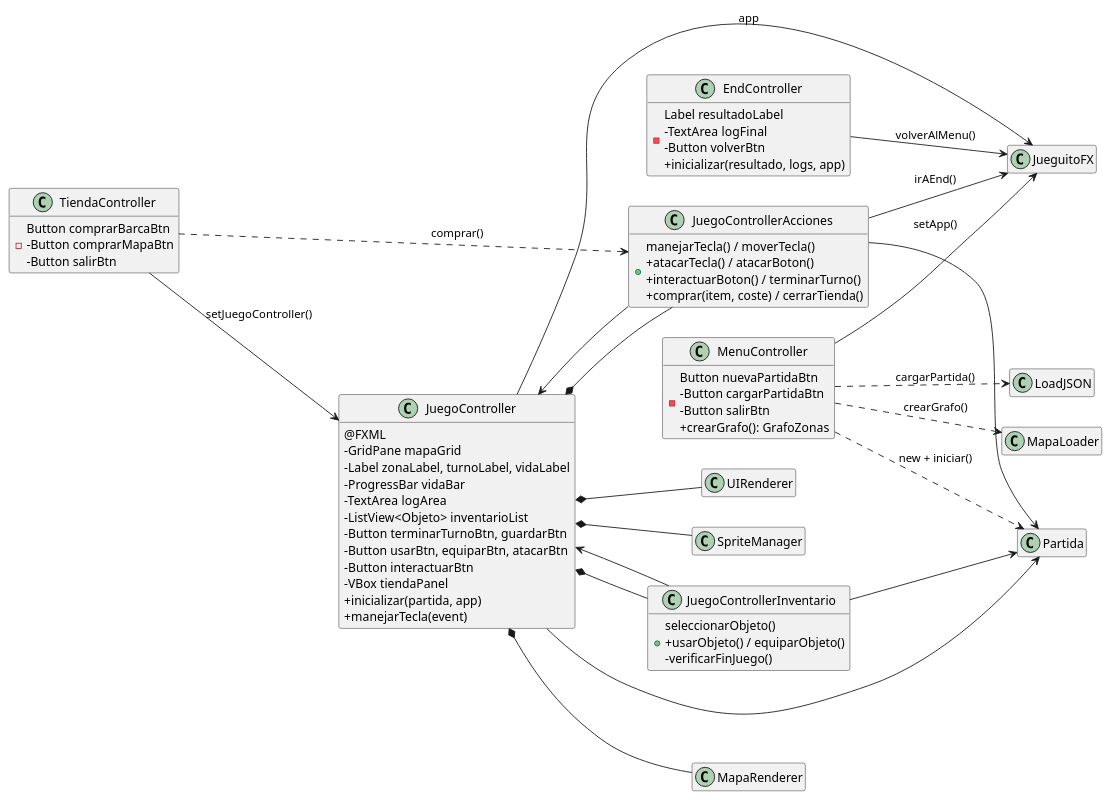
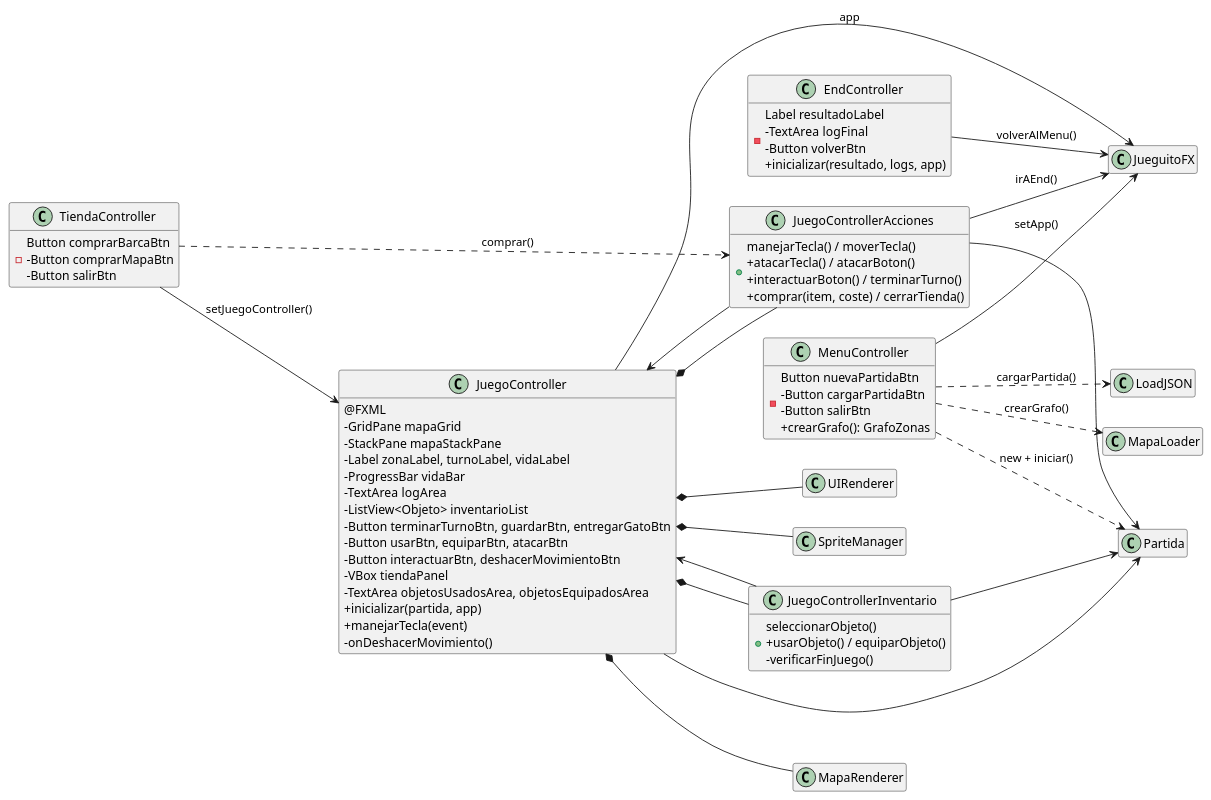
The diagram in UMLs/clases_control.puml (isagonz3/JuegoPracticaFinal), drawn with PlantUML before and after one commit. The commit also changed 35 other files, not shown here.

```diff
--- a/UMLs/clases_control.puml
+++ b/UMLs/clases_control.puml
@@ -1,44 +1,43 @@
 @startuml
 'https://plantuml.com/class-diagram
 left to right direction
 hide empty members
-
 
 class MenuController
 class EndController
 class TiendaController
 class JuegoController
 class JuegoControllerAcciones
 class JuegoControllerInventario
 
 MenuController --> JueguitoFX : setApp()
 MenuController ..> MapaLoader : crearGrafo()
 MenuController ..> Partida : new + iniciar()
 MenuController ..> LoadJSON : cargarPartida()
 MenuController : -Button nuevaPartidaBtn\n-Button cargarPartidaBtn\n-Button salirBtn\n+crearGrafo(): GrafoZonas
 
 EndController --> JueguitoFX : volverAlMenu()
 EndController : -Label resultadoLabel\n-TextArea logFinal\n-Button volverBtn\n+inicializar(resultado, logs, app)
 
 TiendaController --> JuegoController : setJuegoController()
 TiendaController ..> JuegoControllerAcciones : comprar()
 TiendaController : -Button comprarBarcaBtn\n-Button comprarMapaBtn\n-Button salirBtn
 
 JuegoController --> Partida
 JuegoController --> JueguitoFX : app
 JuegoController *-- JuegoControllerAcciones
 JuegoController *-- JuegoControllerInventario
 JuegoController *-- MapaRenderer
 JuegoController *-- UIRenderer
 JuegoController *-- SpriteManager
-JuegoController : @FXML\n-GridPane mapaGrid\n-Label zonaLabel, turnoLabel, vidaLabel\n-ProgressBar vidaBar\n-TextArea logArea\n-ListView<Objeto> inventarioList\n-Button terminarTurnoBtn, guardarBtn\n-Button usarBtn, equiparBtn, atacarBtn\n-Button interactuarBtn\n-VBox tiendaPanel\n+inicializar(partida, app)\n+manejarTecla(event)
+JuegoController : @FXML\n-GridPane mapaGrid\n-StackPane mapaStackPane\n-Label zonaLabel, turnoLabel, vidaLabel\n-ProgressBar vidaBar\n-TextArea logArea\n-ListView<Objeto> inventarioList\n-Button terminarTurnoBtn, guardarBtn, entregarGatoBtn\n-Button usarBtn, equiparBtn, atacarBtn\n-Button interactuarBtn, deshacerMovimientoBtn\n-VBox tiendaPanel\n-TextArea objetosUsadosArea, objetosEquipadosArea\n+inicializar(partida, app)\n+manejarTecla(event)\n-onDeshacerMovimiento()
 
 JuegoControllerAcciones --> Partida
 JuegoControllerAcciones --> JuegoController
 JuegoControllerAcciones --> JueguitoFX : irAEnd()
 JuegoControllerAcciones : +manejarTecla() / moverTecla()\n+atacarTecla() / atacarBoton()\n+interactuarBoton() / terminarTurno()\n+comprar(item, coste) / cerrarTienda()
 
 JuegoControllerInventario --> Partida
 JuegoControllerInventario --> JuegoController
 JuegoControllerInventario : +seleccionarObjeto()\n+usarObjeto() / equiparObjeto()\n-verificarFinJuego()
 @enduml
```
